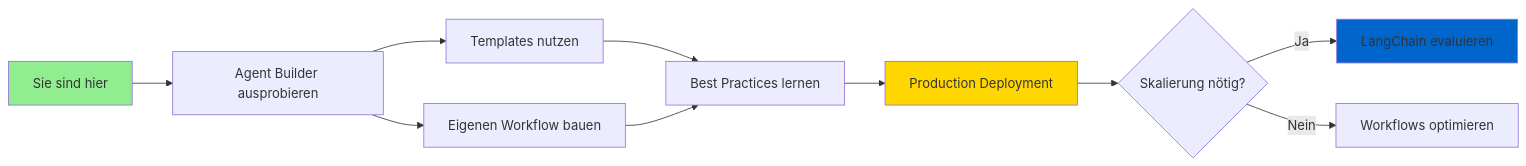
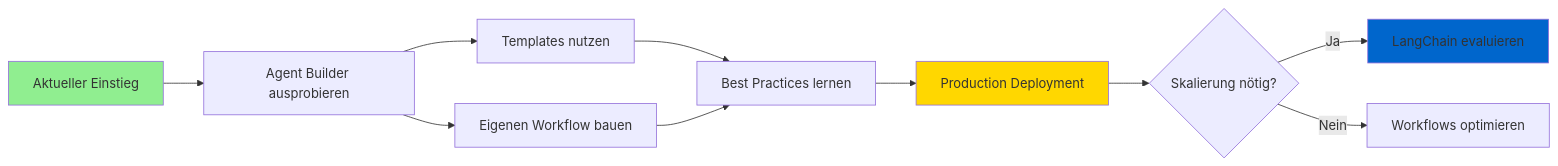
Diagram 22 of 22 in docs/frameworks/Einsteiger_Agent_Builder.md (ralf-42/GenAI), drawn with Mermaid before and after one commit. The commit also changed other lines of this file and 14 other files, not shown here.

````diff
--- a/docs/frameworks/Einsteiger_Agent_Builder.md
+++ b/docs/frameworks/Einsteiger_Agent_Builder.md
@@ -963,20 +963,20 @@
 ```mermaid
 graph LR
-    YOU[Sie sind hier] --> TRY[Agent Builder ausprobieren]
+    YOU[Aktueller Einstieg] --> TRY[Agent Builder ausprobieren]
 
     TRY --> TEMP[Templates nutzen]
     TRY --> BUILD[Eigenen Workflow bauen]
 
     TEMP --> LEARN[Best Practices lernen]
     BUILD --> LEARN
 
     LEARN --> PROD[Production Deployment]
 
     PROD --> SCALE{Skalierung nötig?}
     SCALE -->|Ja| MIGRATE[LangChain evaluieren]
     SCALE -->|Nein| OPT[Workflows optimieren]
 
     style YOU fill:#90EE90
     style PROD fill:#FFD700
     style MIGRATE fill:#0066cc
 ```
````
